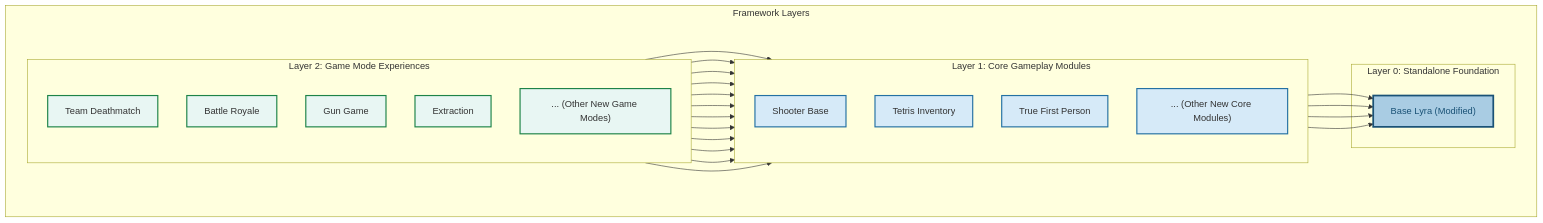
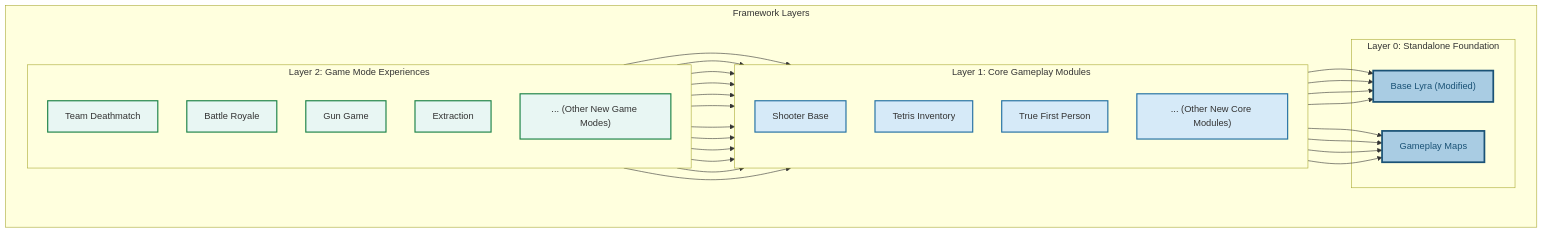
Before and after one commit to outliyr/outliyr-docs: the diagram in outliyr-framework/docs/introduction/project-architecture.md, drawn with Mermaid. The commit also changed other lines of this file and 3 other files, not shown here.

````diff
--- a/outliyr-framework/docs/introduction/project-architecture.md
+++ b/outliyr-framework/docs/introduction/project-architecture.md
@@ -46,58 +51,67 @@
 ```mermaid
+
 graph TD
     subgraph "Framework Layers"
         direction LR
 
         subgraph "Layer 0: Standalone Foundation"
             A["Base Lyra (Modified)"]
+            B["Gameplay Maps"]
         end
 
         subgraph "Layer 1: Core Gameplay Modules"
             direction TB
-            B["Shooter Base"]
-            C["Tetris Inventory"]
-            D["True First Person"]
-            E["... (Other New Core Modules)"]
+            C["Shooter Base"]
+            D["Tetris Inventory"]
+            E["True First Person"]
+            F["... (Other New Core Modules)"]
         end
 
         subgraph "Layer 2: Game Mode Experiences"
             direction TB
-            F["Team Deathmatch"]
-            G["Battle Royale"]
-            H["Gun Game"]
-            I["Extraction"]
-            J["... (Other New Game Modes)"]
+            G["Team Deathmatch"]
+            H["Battle Royale"]
+            I["Gun Game"]
+            J["Extraction"]
+            K["... (Other New Game Modes)"]
         end
     end
 
     %% Dependencies
-    B --> A
     C --> A
     D --> A
     E --> A
+    F --> A
 
+    C --> B
+    D --> B
+    E --> B
     F --> B
-    F --> E
-    G --> B
+
     G --> C
-    G --> E
-    H --> B
-    H --> E
-    I --> B
+    G --> F
+    H --> C
+    H --> D
+    H --> F
     I --> C
-    I --> E
-    J --> B
-    J --> E
+    I --> F
+    J --> C
+    J --> D
+    J --> F
+    K --> C
+    K --> F
 
     %% Styling to emphasize layers and standalone nature
     style A fill:#A9CCE3,stroke:#1A5276,stroke-width:3px,color:#1A5276
-    style B fill:#D6EAF8,stroke:#2471A3,stroke-width:2px
+    style B fill:#A9CCE3,stroke:#1A5276,stroke-width:3px,color:#1A5276
     style C fill:#D6EAF8,stroke:#2471A3,stroke-width:2px
     style D fill:#D6EAF8,stroke:#2471A3,stroke-width:2px
     style E fill:#D6EAF8,stroke:#2471A3,stroke-width:2px
-    style F fill:#E8F6F3,stroke:#1D8348,stroke-width:2px
+    style F fill:#D6EAF8,stroke:#2471A3,stroke-width:2px
     style G fill:#E8F6F3,stroke:#1D8348,stroke-width:2px
     style H fill:#E8F6F3,stroke:#1D8348,stroke-width:2px
     style I fill:#E8F6F3,stroke:#1D8348,stroke-width:2px
     style J fill:#E8F6F3,stroke:#1D8348,stroke-width:2px
+    style K fill:#E8F6F3,stroke:#1D8348,stroke-width:2px
+
 ```
````
